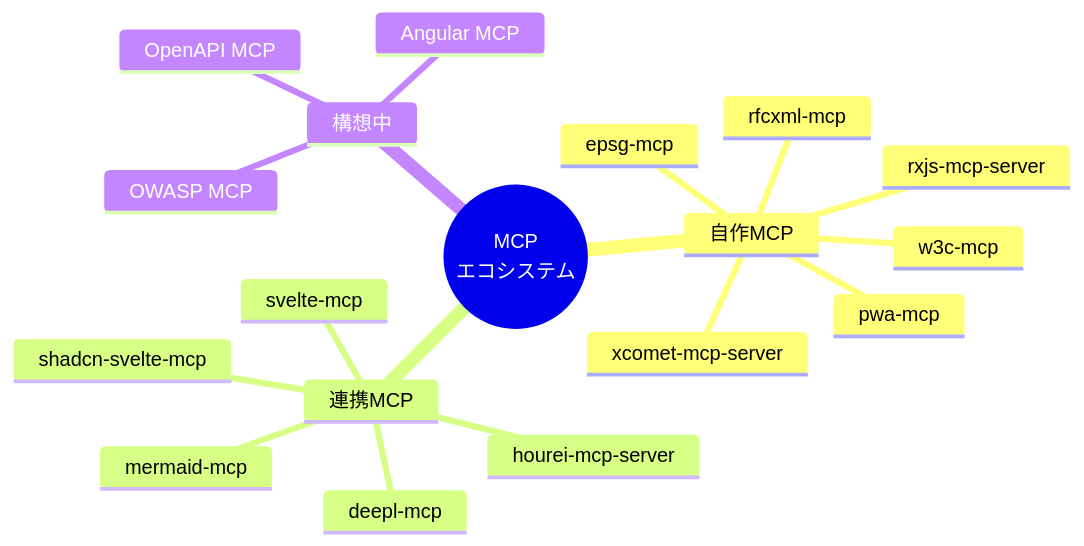
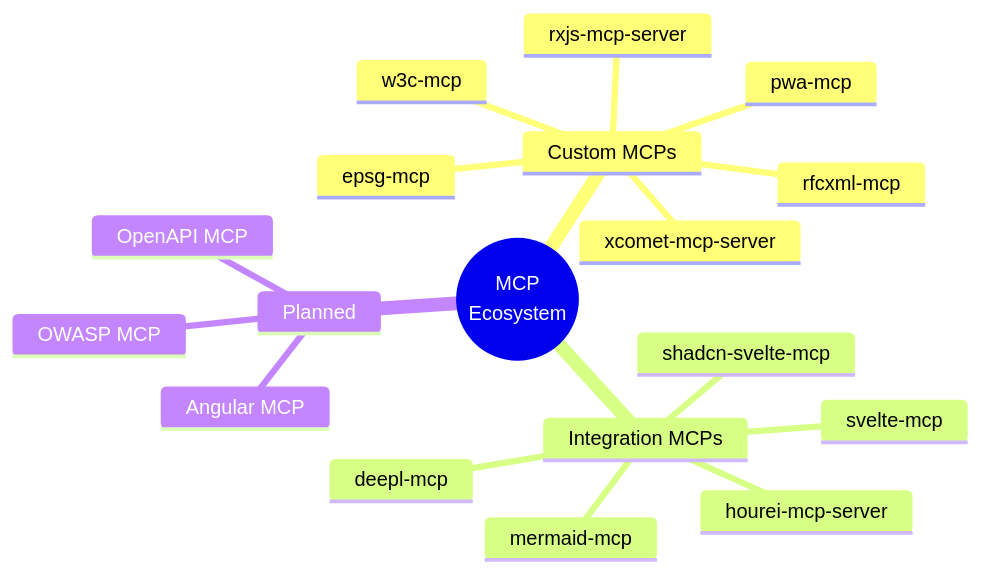
The first of 5 diagrams in docs/mcp/catalog.md (shuji-bonji/ai-agent-architecture), drawn with Mermaid before and after one commit. The commit also changed other lines of this file and 42 other files, not shown here.

````diff
--- a/docs/mcp/catalog.md
+++ b/docs/mcp/catalog.md
@@ -13,21 +15,21 @@
 ```mermaid
 mindmap
-  root((MCP<br/>エコシステム))
-    自作MCP
+  root((MCP<br/>Ecosystem))
+    Custom MCPs
       rfcxml-mcp
       w3c-mcp
       xcomet-mcp-server
       rxjs-mcp-server
       epsg-mcp
       pwa-mcp
-    連携MCP
+    Integration MCPs
       deepl-mcp
       hourei-mcp-server
       mermaid-mcp
       svelte-mcp
       shadcn-svelte-mcp
-    構想中
+    Planned
       OpenAPI MCP
       OWASP MCP
       Angular MCP
 ```
````
